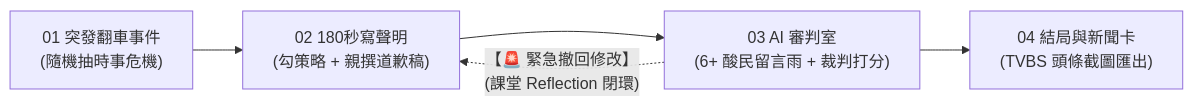
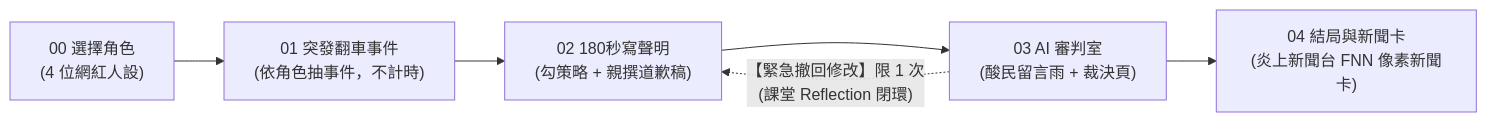
Before and after one commit to zhi816/firestorm-pr-180s: the diagram in docs/proposal/期末專案提案.md, drawn with Mermaid. The commit also changed other lines of this file and 12 other files, not shown here.

Commit message:
docs(spec): finalize game flow v2 with character select, verdict page, frontend scoring and 10 events

````diff
--- a/docs/proposal/期末專案提案.md
+++ b/docs/proposal/期末專案提案.md
@@ -32,9 +32,10 @@
 ```mermaid
 flowchart LR
-    S1["01 突發翻車事件<br>(隨機抽時事危機)"] --> S2["02 180秒寫聲明<br>(勾策略 + 親撰道歉稿)"]
-    S2 --> S3["03 AI 審判室<br>(6+ 酸民留言雨 + 裁判打分)"]
-    S3 --> S4["04 結局與新聞卡<br>(TVBS 頭條截圖匯出)"]
-    
+    S0["00 選擇角色<br>(4 位網紅人設)"] --> S1["01 突發翻車事件<br>(依角色抽事件，不計時)"]
+    S1 --> S2["02 180秒寫聲明<br>(勾策略 + 親撰道歉稿)"]
+    S2 --> S3["03 AI 審判室<br>(酸民留言雨 + 裁決頁)"]
+    S3 --> S4["04 結局與新聞卡<br>(炎上新聞台 FNN 像素新聞卡)"]
+
     %% 反思閉環
-    S3 -.->|"【🚨 緊急撤回修改】<br>(課堂 Reflection 閉環)"| S2
+    S3 -.->|"【緊急撤回修改】限 1 次<br>(課堂 Reflection 閉環)"| S2
 ```
````
